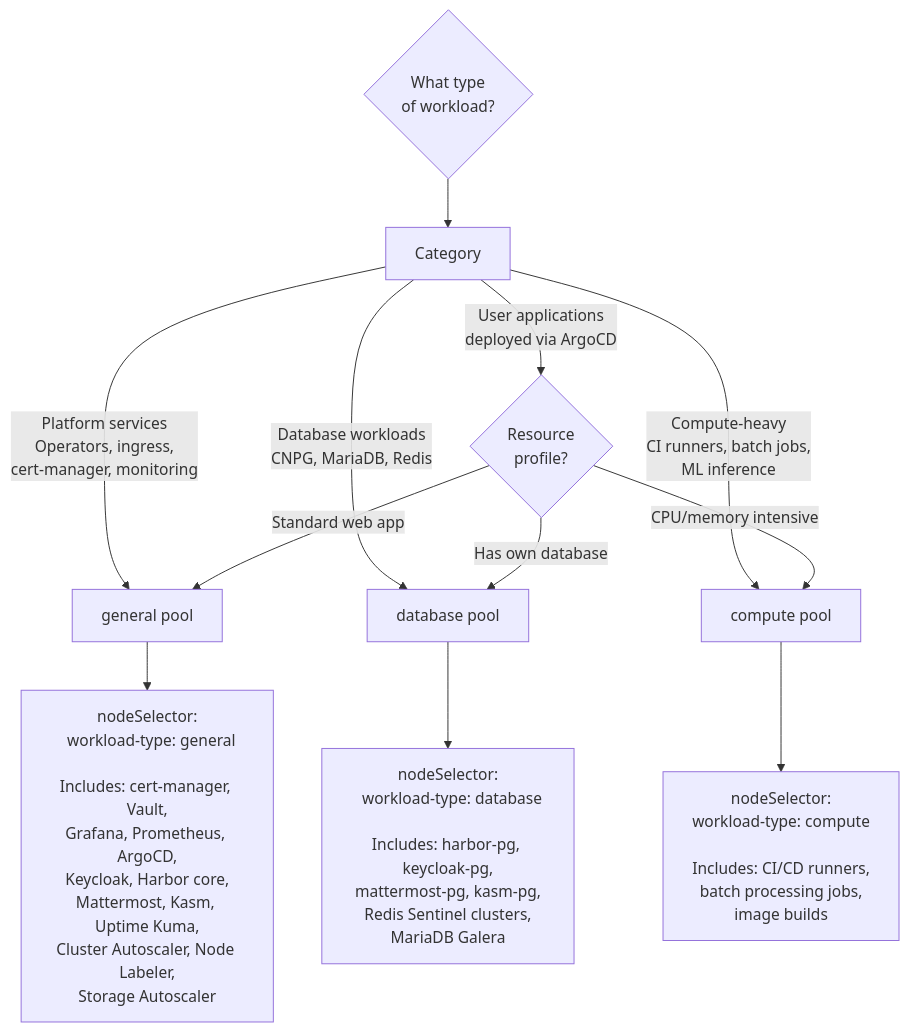
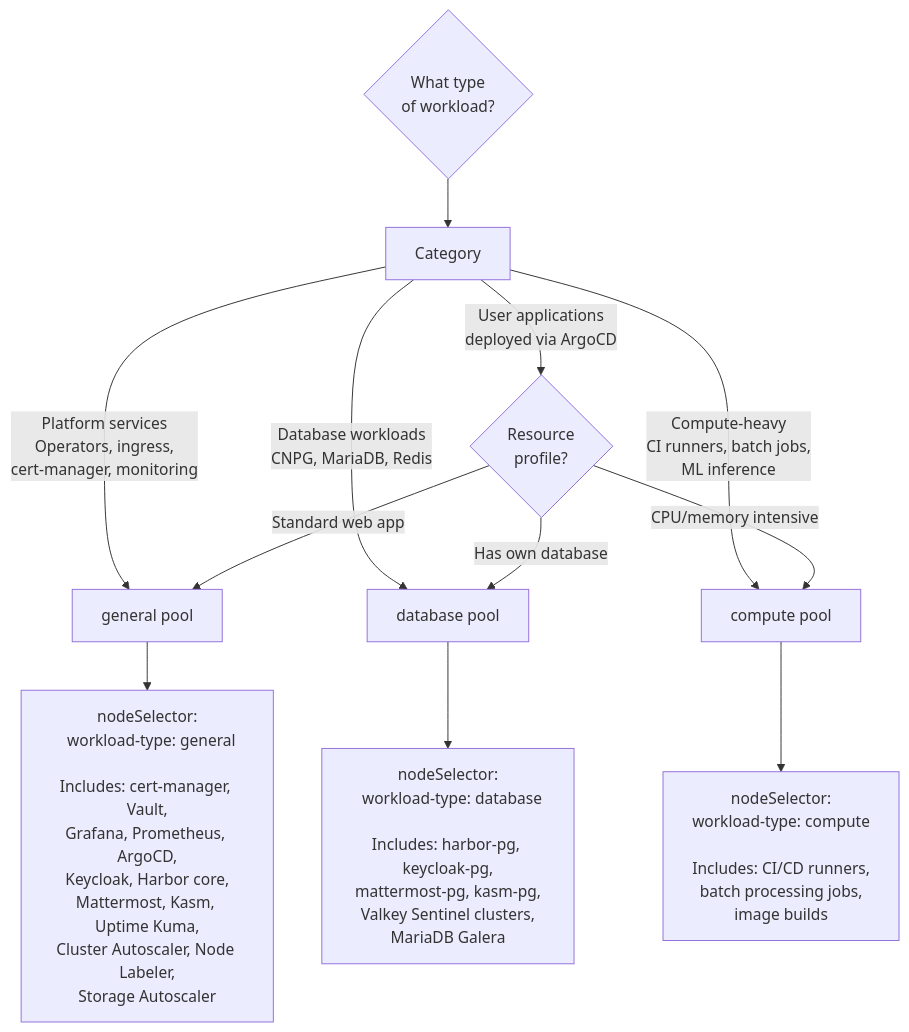
One commit to derhornspieler/harvester-rke2-platform changed diagram 18 of 23 in docs/engineering/flow-charts.md. Above: the diagram before and after it, drawn with Mermaid. The commit also changed other lines of this file and 40 other files, not shown here.

````diff
--- a/docs/engineering/flow-charts.md
+++ b/docs/engineering/flow-charts.md
@@ -1088,19 +1093,19 @@
 ```mermaid
 flowchart TD
     Start{What type<br/>of workload?} --> Category
 
     Category -->|Platform services<br/>Operators, ingress,<br/>cert-manager, monitoring| General[general pool]
     Category -->|Database workloads<br/>CNPG, MariaDB, Redis| DatabasePool[database pool]
     Category -->|Compute-heavy<br/>CI runners, batch jobs,<br/>ML inference| Compute[compute pool]
     Category -->|User applications<br/>deployed via ArgoCD| AppCheck{Resource<br/>profile?}
 
     General --> GeneralSpec[nodeSelector:<br/>  workload-type: general<br/><br/>Includes: cert-manager, Vault,<br/>Grafana, Prometheus, ArgoCD,<br/>Keycloak, Harbor core,<br/>Mattermost, Kasm, Uptime Kuma,<br/>Cluster Autoscaler, Node Labeler,<br/>Storage Autoscaler]
 
-    DatabasePool --> DBSpec[nodeSelector:<br/>  workload-type: database<br/><br/>Includes: harbor-pg, keycloak-pg,<br/>mattermost-pg, kasm-pg,<br/>Redis Sentinel clusters,<br/>MariaDB Galera]
+    DatabasePool --> DBSpec[nodeSelector:<br/>  workload-type: database<br/><br/>Includes: harbor-pg, keycloak-pg,<br/>mattermost-pg, kasm-pg,<br/>Valkey Sentinel clusters,<br/>MariaDB Galera]
 
     Compute --> ComputeSpec[nodeSelector:<br/>  workload-type: compute<br/><br/>Includes: CI/CD runners,<br/>batch processing jobs,<br/>image builds]
 
     AppCheck -->|CPU/memory intensive| Compute
     AppCheck -->|Standard web app| General
     AppCheck -->|Has own database| DatabasePool
 ```
````
